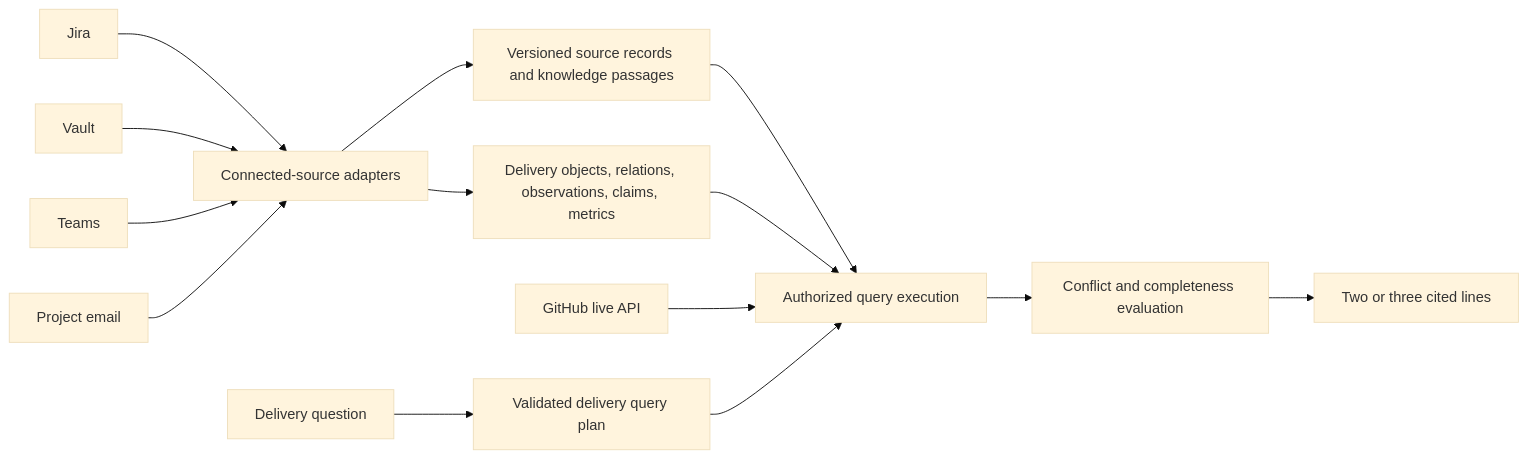
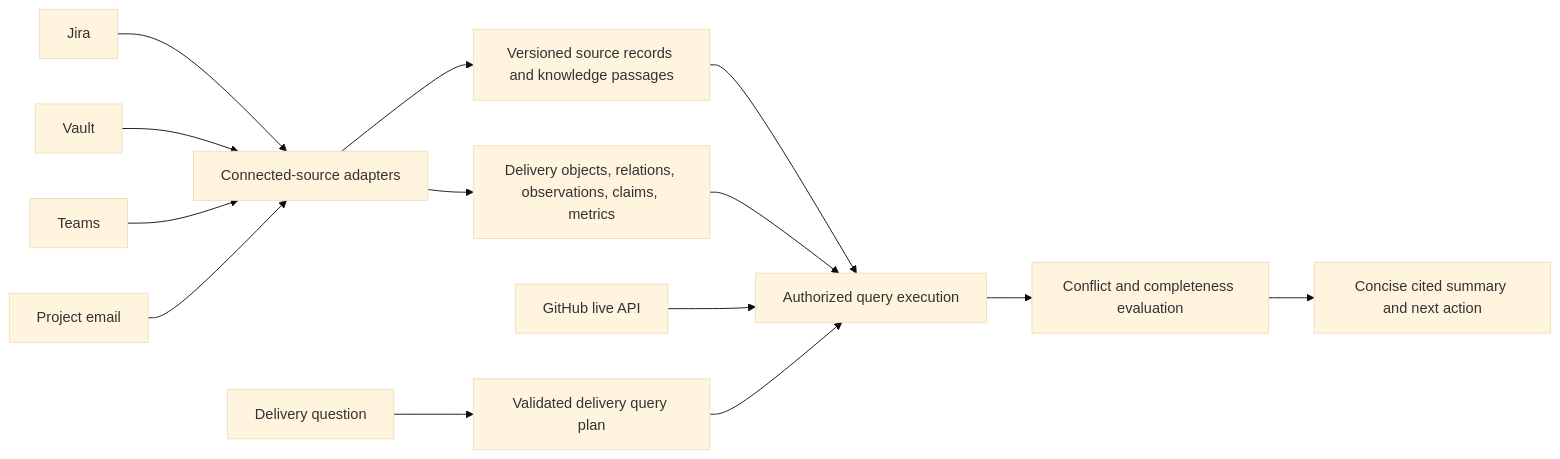
The diagram in specs/005-knowledge-layer/spec.md (PearlThoughts/Sarathi), drawn with Mermaid (base theme) before and after one commit. The commit also changed other lines of this file and 12 other files, not shown here.

````diff
--- a/specs/005-knowledge-layer/spec.md
+++ b/specs/005-knowledge-layer/spec.md
@@ -37,16 +37,16 @@
 ```mermaid
 flowchart LR
   J[Jira] --> C[Connected-source adapters]
   V[Vault] --> C
   T[Teams] --> C
   M[Project email] --> C
   C --> K[Versioned source records and knowledge passages]
   C --> D[Delivery objects, relations, observations, claims, metrics]
   K --> Q[Authorized query execution]
   D --> Q
   G[GitHub live API] --> Q
   U[Delivery question] --> P[Validated delivery query plan]
   P --> Q
   Q --> X[Conflict and completeness evaluation]
-  X --> A[Two or three cited lines]
+  X --> A[Concise cited summary and next action]
 ```
````
